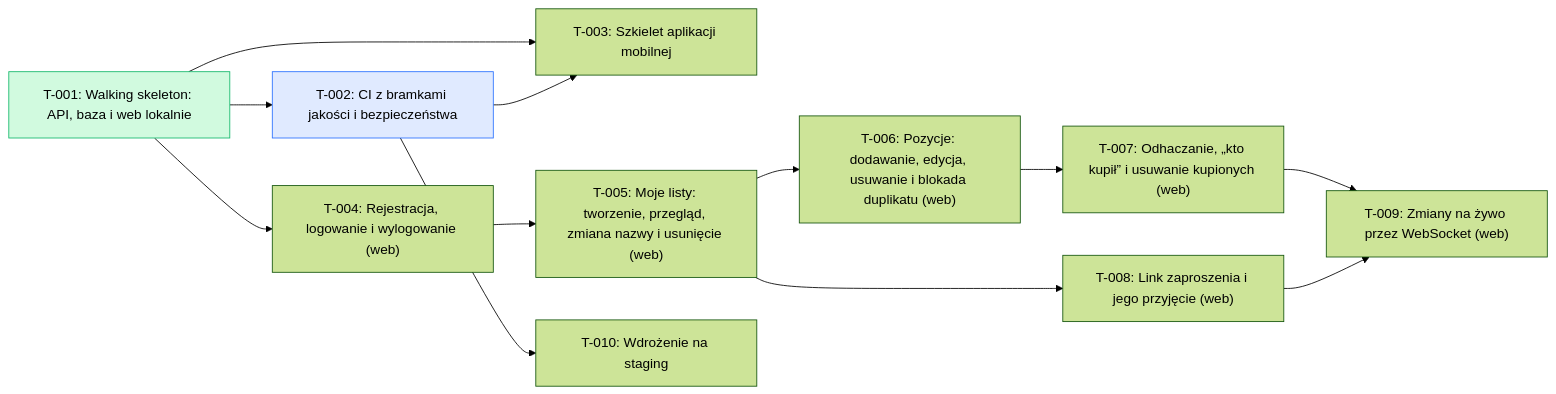
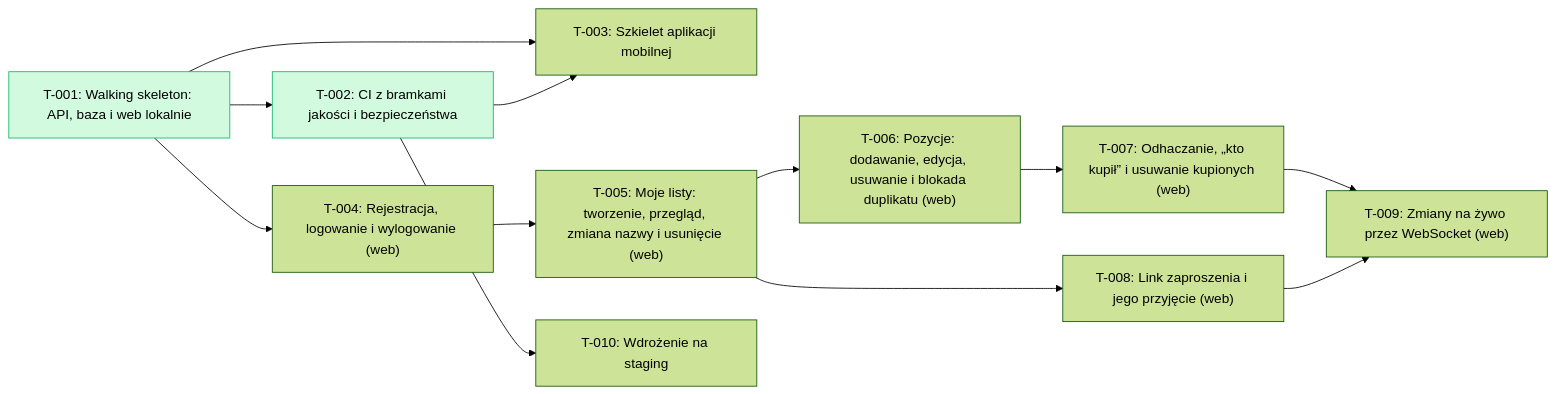
One commit to tombraz/lista-zakupow changed the diagram in docs/backlog/index.md. Above: the diagram before and after it, drawn with Mermaid (forest theme). The commit also changed other lines of this file and 1 other file, not shown here.

````diff
--- a/docs/backlog/index.md
+++ b/docs/backlog/index.md
@@ -17,28 +19,28 @@
 ```mermaid
 flowchart LR
   T_001["T-001: Walking skeleton: API, baza i web lokalnie"]:::done
-  T_002["T-002: CI z bramkami jakości i bezpieczeństwa"]:::qa
+  T_002["T-002: CI z bramkami jakości i bezpieczeństwa"]:::done
   T_003["T-003: Szkielet aplikacji mobilnej"]
   T_004["T-004: Rejestracja, logowanie i wylogowanie (web)"]
   T_005["T-005: Moje listy: tworzenie, przegląd, zmiana nazwy i usunięcie (web)"]
   T_006["T-006: Pozycje: dodawanie, edycja, usuwanie i blokada duplikatu (web)"]
   T_007["T-007: Odhaczanie, „kto kupił” i usuwanie kupionych (web)"]
   T_008["T-008: Link zaproszenia i jego przyjęcie (web)"]
   T_009["T-009: Zmiany na żywo przez WebSocket (web)"]
   T_010["T-010: Wdrożenie na staging"]
   T_001 --> T_002
   T_001 --> T_003
   T_002 --> T_003
   T_001 --> T_004
   T_004 --> T_005
   T_005 --> T_006
   T_006 --> T_007
   T_005 --> T_008
   T_007 --> T_009
   T_008 --> T_009
   T_002 --> T_010
   classDef done fill:#d1fadf,stroke:#12b76a
   classDef wip fill:#fef0c7,stroke:#f79009
   classDef qa fill:#e0eaff,stroke:#2970ff
   classDef blocked fill:#fee4e2,stroke:#f04438
 ```
````
